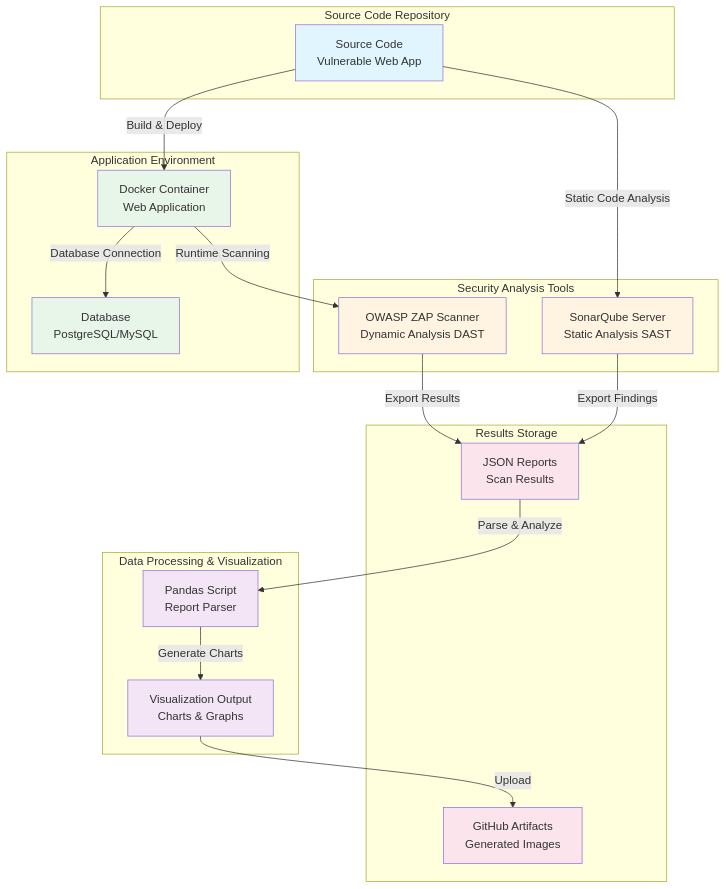
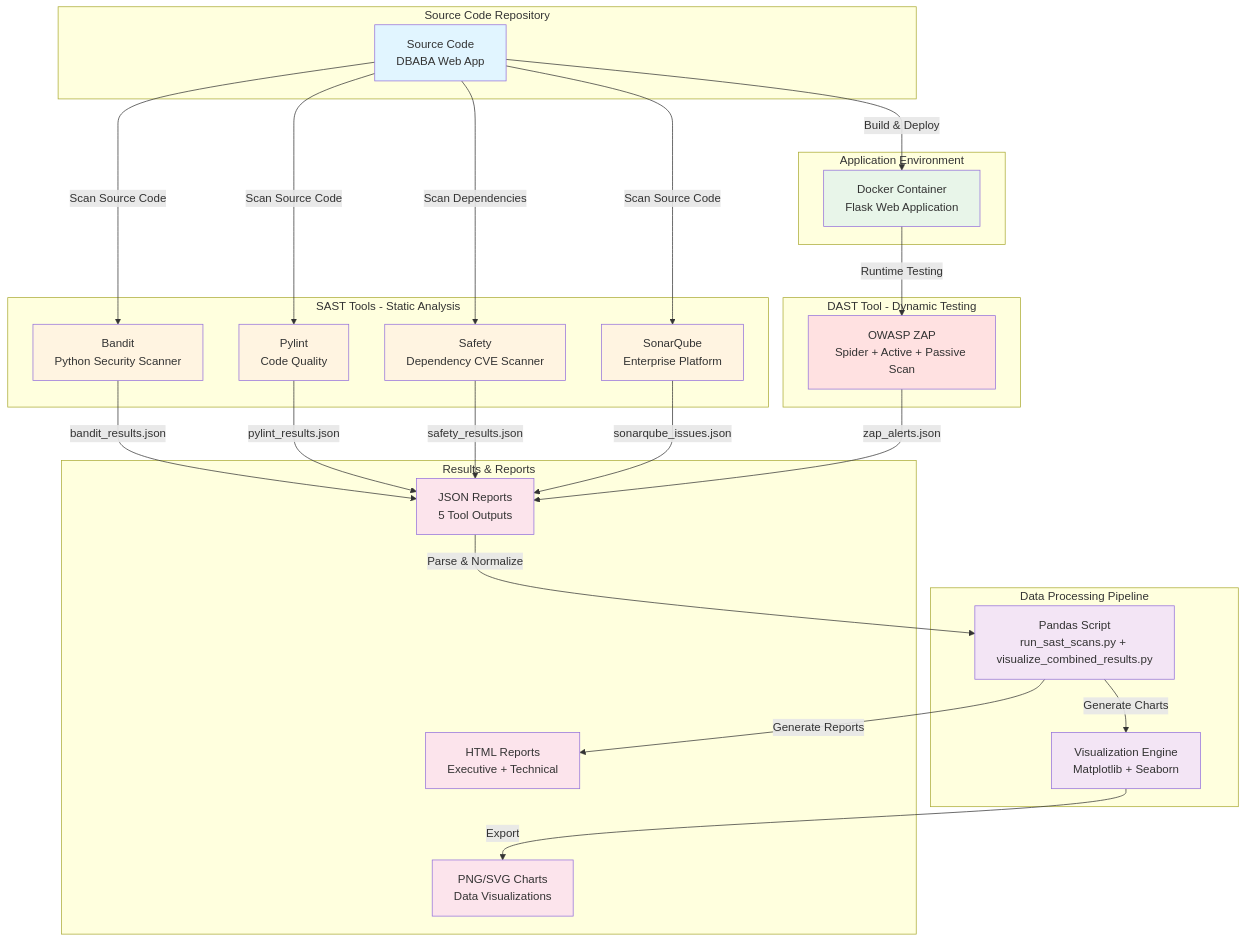
Before and after one commit to noahwilliamshaffer/DAST-SAST-Security-Testing-Pipeline: the first of 3 diagrams in README.md, drawn with Mermaid. The commit also changed other lines of this file, not shown here.

Commit message:
Rewrite technical sections with professional tone - removed instructional language

````diff
--- a/README.md
+++ b/README.md
@@ -391,46 +450,63 @@
 ```mermaid
 graph TB
     subgraph "Source Code Repository"
-        A[Source Code<br/>Vulnerable Web App]
+        A[Source Code<br/>DBABA Web App]
     end
     
-    subgraph "Security Analysis Tools"
-        B[SonarQube Server<br/>Static Analysis SAST]
-        C[OWASP ZAP Scanner<br/>Dynamic Analysis DAST]
+    subgraph "SAST Tools - Static Analysis"
+        B1[Bandit<br/>Python Security Scanner]
+        B2[Pylint<br/>Code Quality]
+        B3[Safety<br/>Dependency CVE Scanner]
+        B4[SonarQube<br/>Enterprise Platform]
+    end
+    
+    subgraph "DAST Tool - Dynamic Testing"
+        C[OWASP ZAP<br/>Spider + Active + Passive Scan]
     end
     
     subgraph "Application Environment"
-        D[Docker Container<br/>Web Application]
-        E[Database<br/>PostgreSQL/MySQL]
+        D[Docker Container<br/>Flask Web Application]
     end
     
-    subgraph "Data Processing & Visualization"
-        F[Pandas Script<br/>Report Parser]
-        G[Visualization Output<br/>Charts & Graphs]
+    subgraph "Data Processing Pipeline"
+        F[Pandas Script<br/>run_sast_scans.py + visualize_combined_results.py]
+        G[Visualization Engine<br/>Matplotlib + Seaborn]
     end
     
-    subgraph "Results Storage"
-        H[JSON Reports<br/>Scan Results]
-        I[GitHub Artifacts<br/>Generated Images]
+    subgraph "Results & Reports"
+        H1[JSON Reports<br/>5 Tool Outputs]
+        H2[HTML Reports<br/>Executive + Technical]
+        H3[PNG/SVG Charts<br/>Data Visualizations]
     end
     
-    A -->|Static Code Analysis| B
+    A -->|Scan Source Code| B1
+    A -->|Scan Source Code| B2
+    A -->|Scan Dependencies| B3
+    A -->|Scan Source Code| B4
     A -->|Build & Deploy| D
-    D -->|Database Connection| E
-    D -->|Runtime Scanning| C
-    B -->|Export Findings| H
-    C -->|Export Results| H
-    H -->|Parse & Analyze| F
+    D -->|Runtime Testing| C
+    
+    B1 -->|bandit_results.json| H1
+    B2 -->|pylint_results.json| H1
+    B3 -->|safety_results.json| H1
+    B4 -->|sonarqube_issues.json| H1
+    C -->|zap_alerts.json| H1
+    
+    H1 -->|Parse & Normalize| F
     F -->|Generate Charts| G
-    G -->|Upload| I
+    G -->|Export| H3
+    F -->|Generate Reports| H2
     
     style A fill:#e1f5ff
-    style B fill:#fff4e1
-    style C fill:#fff4e1
+    style B1 fill:#fff4e1
+    style B2 fill:#fff4e1
+    style B3 fill:#fff4e1
+    style B4 fill:#fff4e1
+    style C fill:#ffe1e1
     style D fill:#e8f5e9
-    style E fill:#e8f5e9
     style F fill:#f3e5f5
     style G fill:#f3e5f5
-    style H fill:#fce4ec
-    style I fill:#fce4ec
+    style H1 fill:#fce4ec
+    style H2 fill:#fce4ec
+    style H3 fill:#fce4ec
 ```
````
